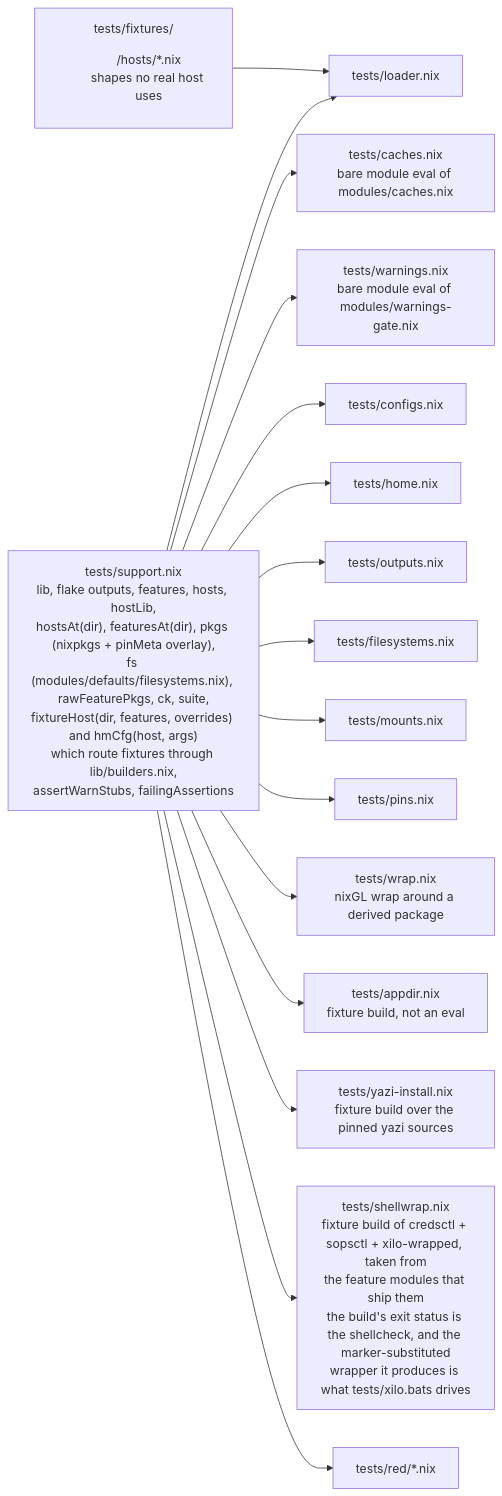
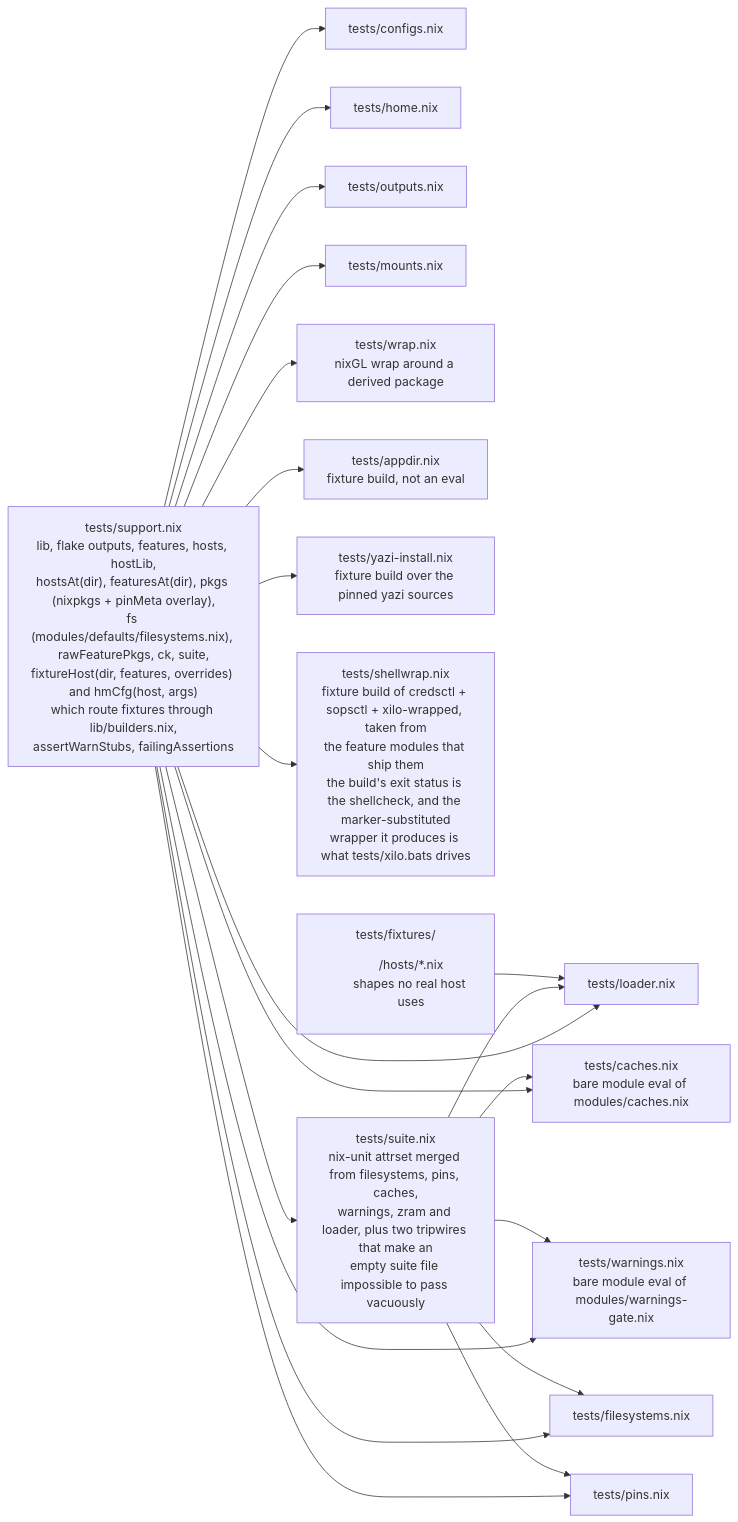
One commit to WombatFromHell/automatic-palm-tree changed the second of 5 diagrams in TEST_DESIGN.md. Above: the diagram before and after it, drawn with Mermaid. The commit also changed other lines of this file and 24 other files, not shown here.

First line of the commit message:
tests: delete the tests/red tier; must-throw checks are expectedError attributes

````diff
--- a/TEST_DESIGN.md
+++ b/TEST_DESIGN.md
@@ -98,18 +101,23 @@
 ```mermaid
 flowchart LR
   S["tests/support.nix<br/>lib, flake outputs, features, hosts, hostLib,<br/>hostsAt(dir), featuresAt(dir), pkgs (nixpkgs + pinMeta overlay),<br/>fs (modules/defaults/filesystems.nix), rawFeaturePkgs, ck, suite,<br/>fixtureHost(dir, features, overrides) and hmCfg(host, args)<br/>which route fixtures through lib/builders.nix,<br/>assertWarnStubs, failingAssertions"] --> L["tests/loader.nix"]
   S --> CA["tests/caches.nix<br/>bare module eval of modules/caches.nix"]
   S --> WA["tests/warnings.nix<br/>bare module eval of modules/warnings-gate.nix"]
   S --> C["tests/configs.nix"]
   S --> H["tests/home.nix"]
   S --> O["tests/outputs.nix"]
   S --> F["tests/filesystems.nix"]
   S --> M["tests/mounts.nix"]
   S --> PI["tests/pins.nix"]
   S --> WR["tests/wrap.nix<br/>nixGL wrap around a derived package"]
   S --> AP["tests/appdir.nix<br/>fixture build, not an eval"]
   S --> YZ["tests/yazi-install.nix<br/>fixture build over the pinned yazi sources"]
   S --> SW["tests/shellwrap.nix<br/>fixture build of credsctl + sopsctl + xilo-wrapped, taken from<br/>the feature modules that ship them<br/>the build's exit status is the shellcheck, and the marker-substituted<br/>wrapper it produces is what tests/xilo.bats drives"]
-  S --> RD["tests/red/*.nix"]
+  S --> SU["tests/suite.nix<br/>nix-unit attrset merged from filesystems, pins, caches,<br/>warnings, zram and loader, plus two tripwires that make an<br/>empty suite file impossible to pass vacuously"]
+  SU --> L
+  SU --> CA
+  SU --> WA
+  SU --> F
+  SU --> PI
   FX["tests/fixtures/<dir>/hosts/*.nix<br/>shapes no real host uses"] --> L
 ```
````
